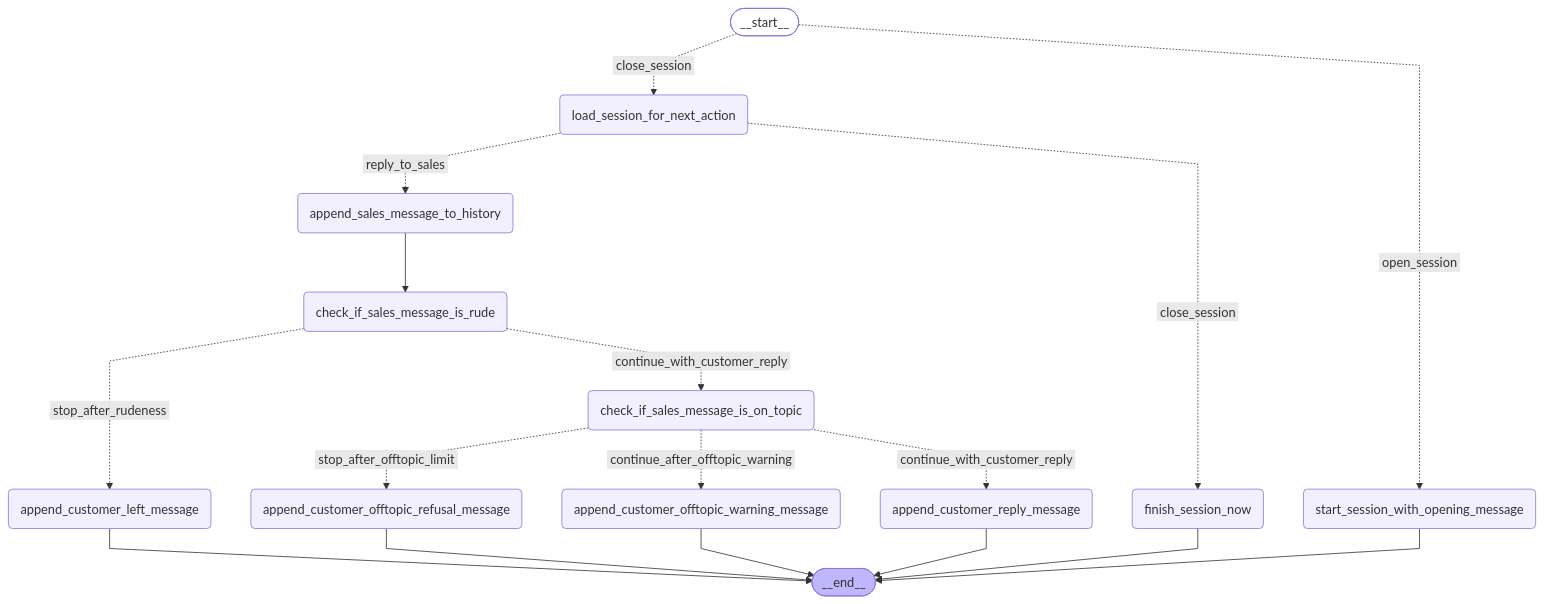
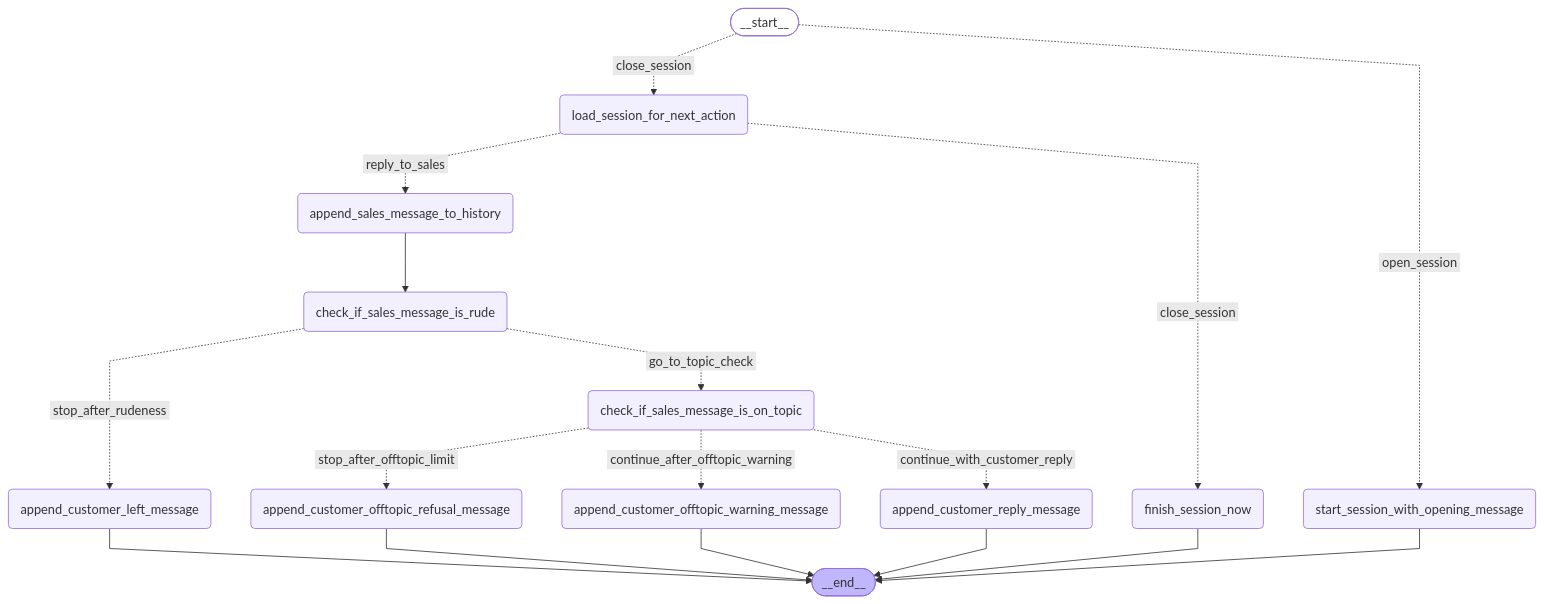
Before and after one commit to MeKiGiWi/AI_EDUC_SALES: the diagram in backend/artifacts/langgraph/simulator_graph.md, drawn with Mermaid. The commit also changed 7 other files, not shown here.

````diff
--- a/backend/artifacts/langgraph/simulator_graph.md
+++ b/backend/artifacts/langgraph/simulator_graph.md
@@ -3,40 +3,40 @@
 ```mermaid
 ---
 config:
   flowchart:
     curve: linear
 ---
 graph TD;
 	__start__([<p>__start__</p>]):::first
 	start_session_with_opening_message(start_session_with_opening_message)
 	load_session_for_next_action(load_session_for_next_action)
 	append_sales_message_to_history(append_sales_message_to_history)
 	check_if_sales_message_is_rude(check_if_sales_message_is_rude)
 	append_customer_left_message(append_customer_left_message)
 	check_if_sales_message_is_on_topic(check_if_sales_message_is_on_topic)
 	append_customer_offtopic_warning_message(append_customer_offtopic_warning_message)
 	append_customer_offtopic_refusal_message(append_customer_offtopic_refusal_message)
 	append_customer_reply_message(append_customer_reply_message)
 	finish_session_now(finish_session_now)
 	__end__([<p>__end__</p>]):::last
 	__start__ -. &nbsp;close_session&nbsp; .-> load_session_for_next_action;
 	__start__ -. &nbsp;open_session&nbsp; .-> start_session_with_opening_message;
 	append_sales_message_to_history --> check_if_sales_message_is_rude;
 	check_if_sales_message_is_on_topic -. &nbsp;stop_after_offtopic_limit&nbsp; .-> append_customer_offtopic_refusal_message;
 	check_if_sales_message_is_on_topic -. &nbsp;continue_after_offtopic_warning&nbsp; .-> append_customer_offtopic_warning_message;
 	check_if_sales_message_is_on_topic -. &nbsp;continue_with_customer_reply&nbsp; .-> append_customer_reply_message;
 	check_if_sales_message_is_rude -. &nbsp;stop_after_rudeness&nbsp; .-> append_customer_left_message;
-	check_if_sales_message_is_rude -. &nbsp;continue_with_customer_reply&nbsp; .-> check_if_sales_message_is_on_topic;
+	check_if_sales_message_is_rude -. &nbsp;go_to_topic_check&nbsp; .-> check_if_sales_message_is_on_topic;
 	load_session_for_next_action -. &nbsp;reply_to_sales&nbsp; .-> append_sales_message_to_history;
 	load_session_for_next_action -. &nbsp;close_session&nbsp; .-> finish_session_now;
 	append_customer_left_message --> __end__;
 	append_customer_offtopic_refusal_message --> __end__;
 	append_customer_offtopic_warning_message --> __end__;
 	append_customer_reply_message --> __end__;
 	finish_session_now --> __end__;
 	start_session_with_opening_message --> __end__;
 	classDef default fill:#f2f0ff,line-height:1.2
 	classDef first fill-opacity:0
 	classDef last fill:#bfb6fc
 
 ```
````
